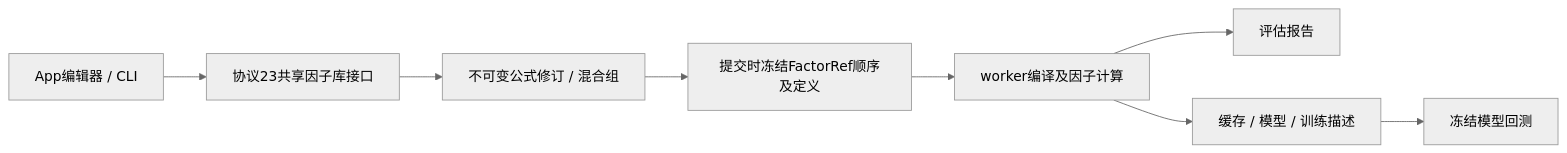
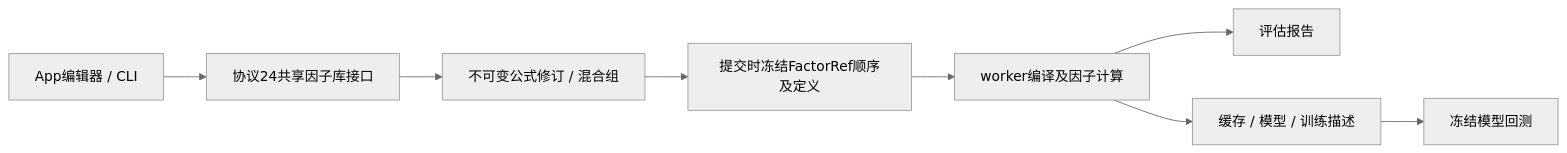
The fifth of 6 diagrams in crates/workflow/README.md (Dennishaha/JFQuant), drawn with Mermaid (neutral theme) before and after one commit. The commit also changed other lines of this file and 20 other files, not shown here.

````diff
--- a/crates/workflow/README.md
+++ b/crates/workflow/README.md
@@ -282,10 +282,10 @@
 ```mermaid
 flowchart LR
-  UI[App编辑器 / CLI] --> RPC[协议23共享因子库接口]
+  UI[App编辑器 / CLI] --> RPC[协议24共享因子库接口]
   RPC --> V[不可变公式修订 / 混合组]
   V --> S[提交时冻结FactorRef顺序及定义]
   S --> W[worker编译及因子计算]
   W --> E[评估报告]
   W --> T[缓存 / 模型 / 训练描述]
   T --> B[冻结模型回测]
 ```
````
